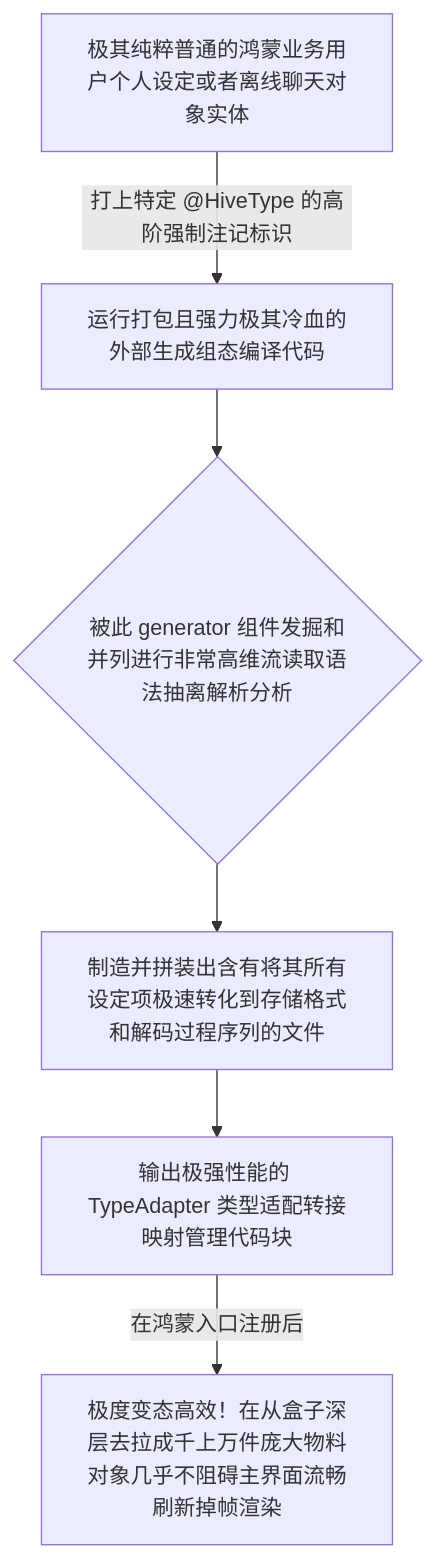
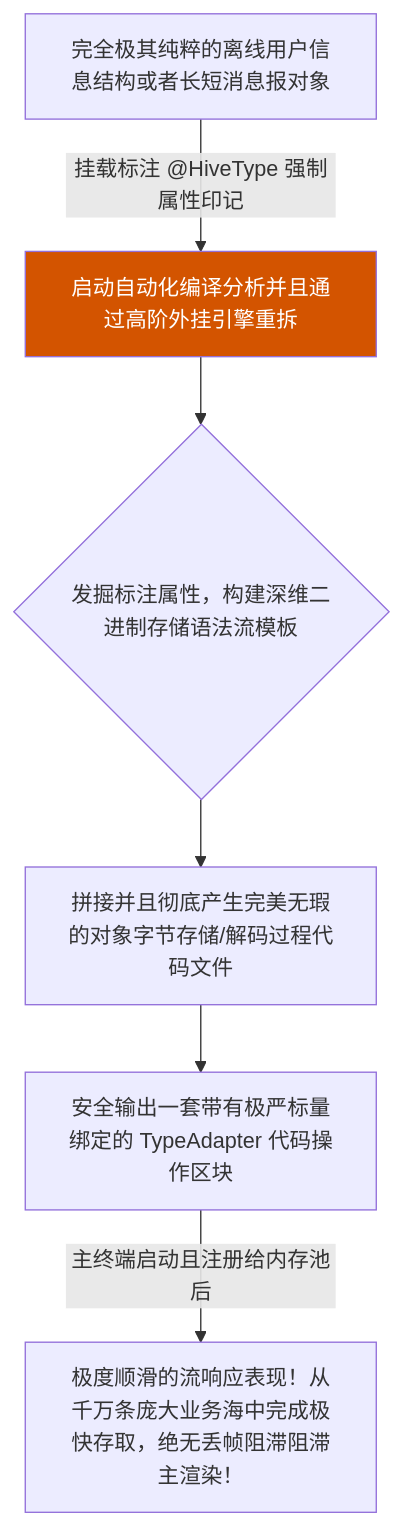
One commit to happyphper/blog changed the diagram in posts/2026/0221/hive_ce_generator.md. Above: the diagram before and after it, drawn with Mermaid. The commit also changed other lines of this file and 4 other files, not shown here.

Commit message:
docs(0221): 精简与优化博文词句质量并消除过度修饰词 (graphql, gsettings, hive_ce_generator, http_client_helper, i69n)

````diff
--- a/posts/2026/0221/hive_ce_generator.md
+++ b/posts/2026/0221/hive_ce_generator.md
@@ -17,8 +26,9 @@
 ```mermaid
 graph TD
-    A[极其纯粹普通的鸿蒙业务用户个人设定或者离线聊天对象实体] -->|打上特定 @HiveType 的高阶强制注记标识| B[运行打包且强力极其冷血的外部生成组态编译代码]
-    B --> C{被此 generator 组件发掘和并列进行非常高维流读取语法抽离解析分析}
-    C --> D[制造并拼装出含有将其所有设定项极速转化到存储格式和解码过程序列的文件]
-    D --> E[输出极强性能的 TypeAdapter 类型适配转接映射管理代码块]
-    E -->|在鸿蒙入口注册后| F[极度变态高效！在从盒子深层去拉成千上万件庞大物料对象几乎不阻碍主界面流畅刷新掉帧渲染]
+    A[完全极其纯粹的离线用户信息结构或者长短消息报对象] -->|挂载标注 @HiveType 强制属性印记| B[启动自动化编译分析并且通过高阶外挂引擎重拆]
+    B --> C{发掘标注属性，构建深维二进制存储语法流模板}
+    C --> D[拼接并且彻底产生完美无瑕的对象字节存储/解码过程代码文件]
+    D --> E[安全输出一套带有极严标量绑定的 TypeAdapter 代码操作区块]
+    E -->|主终端启动且注册给内存池后| F[极度顺滑的流响应表现！从千万条庞大业务海中完成极快存取，绝无丢帧阻滞阻滞主渲染！]
+    style B fill:#d35400,color:white
 ```
````
